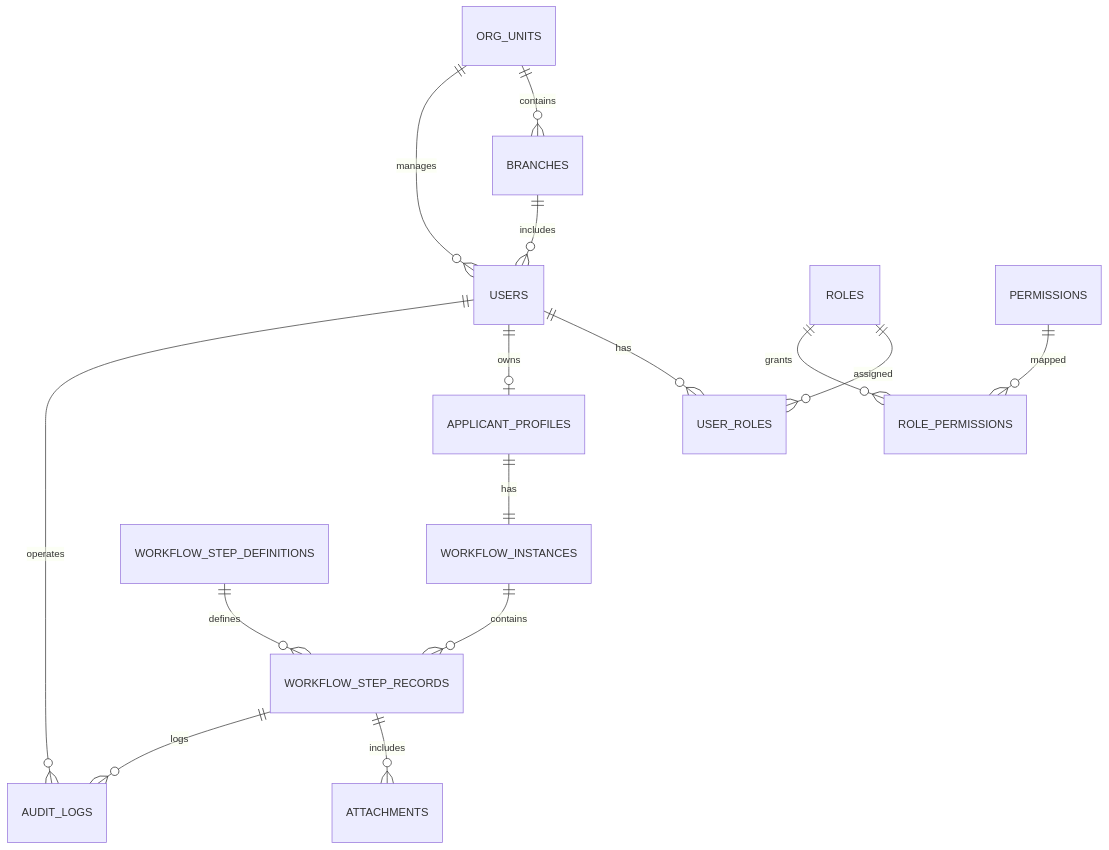
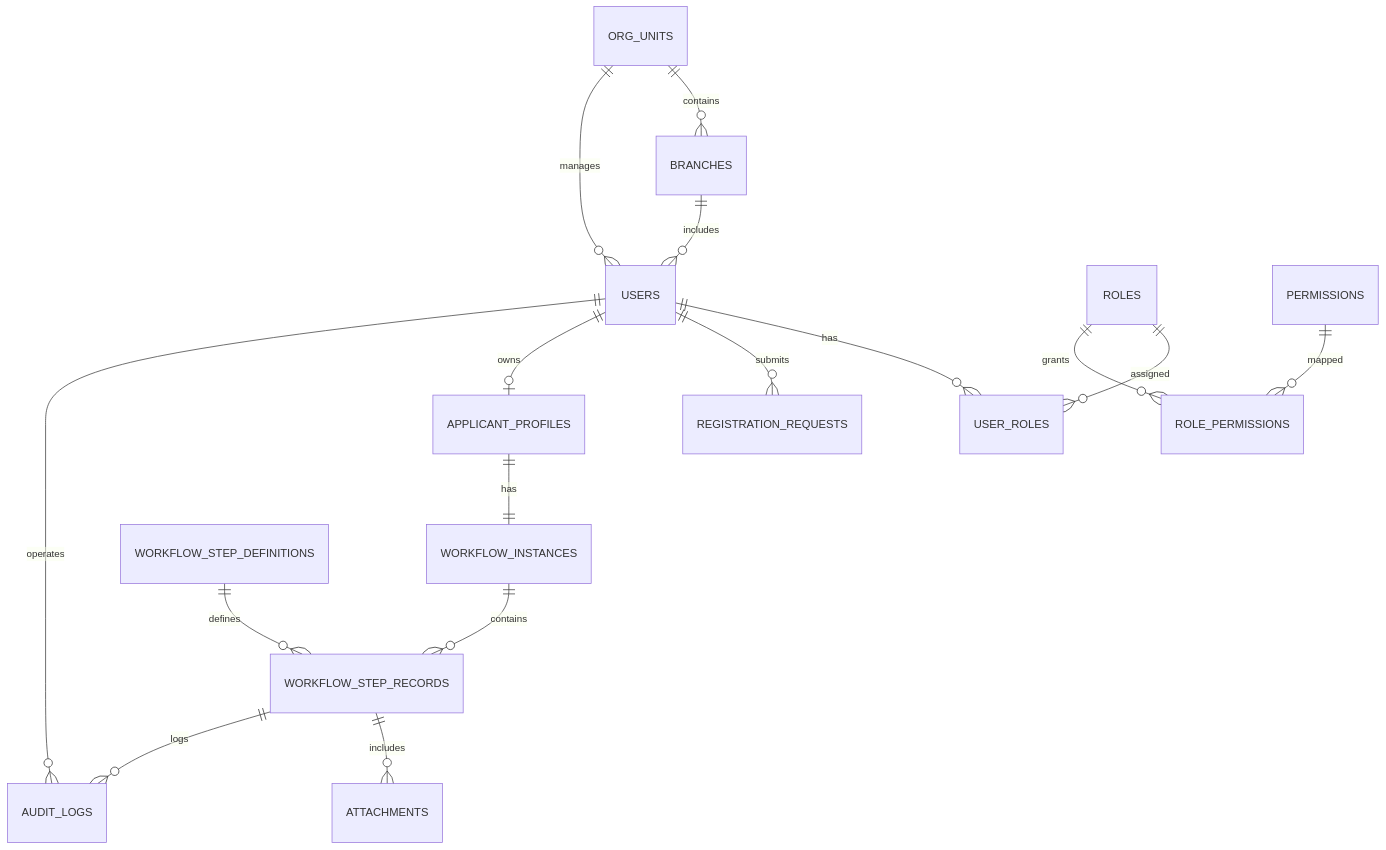
One commit to Lukas-VI/party-building-system changed the diagram in docs/er.mmd. Above: the diagram before and after it, drawn with Mermaid. The commit also changed 32 other files, not shown here.

```diff
--- a/docs/er.mmd
+++ b/docs/er.mmd
@@ -1,15 +1,16 @@
 erDiagram
   USERS ||--o{ USER_ROLES : has
   ROLES ||--o{ USER_ROLES : assigned
   ROLES ||--o{ ROLE_PERMISSIONS : grants
   PERMISSIONS ||--o{ ROLE_PERMISSIONS : mapped
   ORG_UNITS ||--o{ BRANCHES : contains
   ORG_UNITS ||--o{ USERS : manages
   BRANCHES ||--o{ USERS : includes
+  USERS ||--o{ REGISTRATION_REQUESTS : submits
   USERS ||--o| APPLICANT_PROFILES : owns
   APPLICANT_PROFILES ||--|| WORKFLOW_INSTANCES : has
   WORKFLOW_INSTANCES ||--o{ WORKFLOW_STEP_RECORDS : contains
   WORKFLOW_STEP_DEFINITIONS ||--o{ WORKFLOW_STEP_RECORDS : defines
   WORKFLOW_STEP_RECORDS ||--o{ ATTACHMENTS : includes
+  USERS ||--o{ AUDIT_LOGS : operates
   WORKFLOW_STEP_RECORDS ||--o{ AUDIT_LOGS : logs
-  USERS ||--o{ AUDIT_LOGS : operates
```
